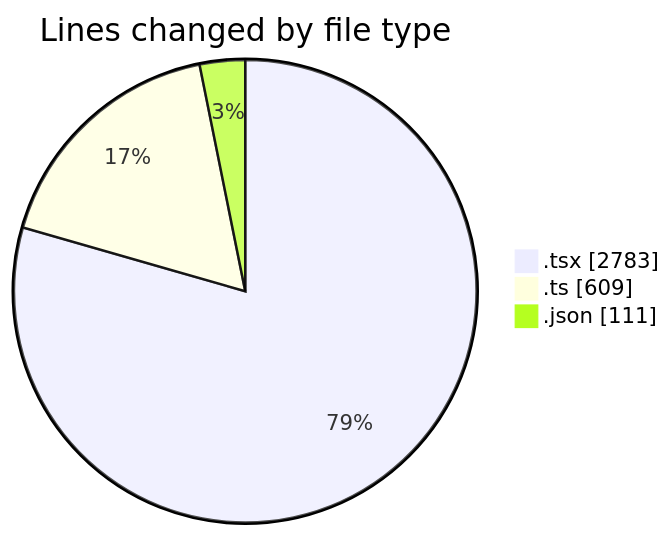
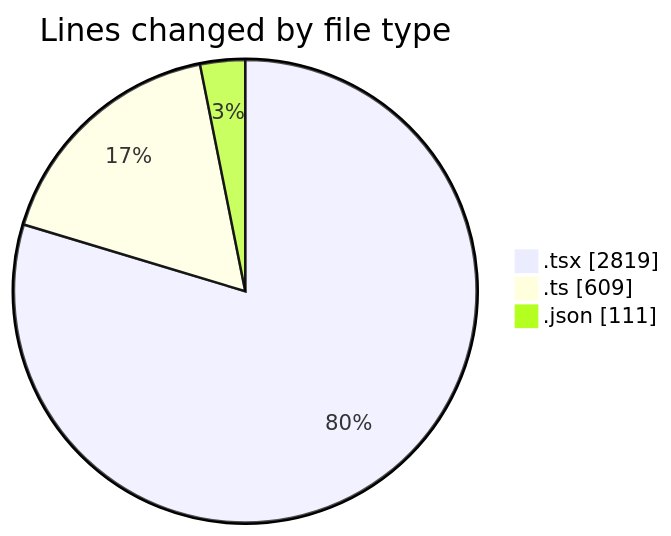
Before and after one commit to julien-gomy/code-tracking: the first of 2 diagrams in 2025-11-08/eventscop-frontend-guide__workspace_/README.md, drawn with Mermaid. The commit also changed other lines of this file and 1 other file, not shown here.

````diff
--- a/2025-11-08/eventscop-frontend-guide__workspace_/README.md
+++ b/2025-11-08/eventscop-frontend-guide__workspace_/README.md
@@ -47,7 +48,7 @@
 ```mermaid
 pie showData
 title Lines changed by file type
-".tsx" : 2783
+".tsx" : 2819
 ".ts" : 609
 ".json" : 111
 ```
````
